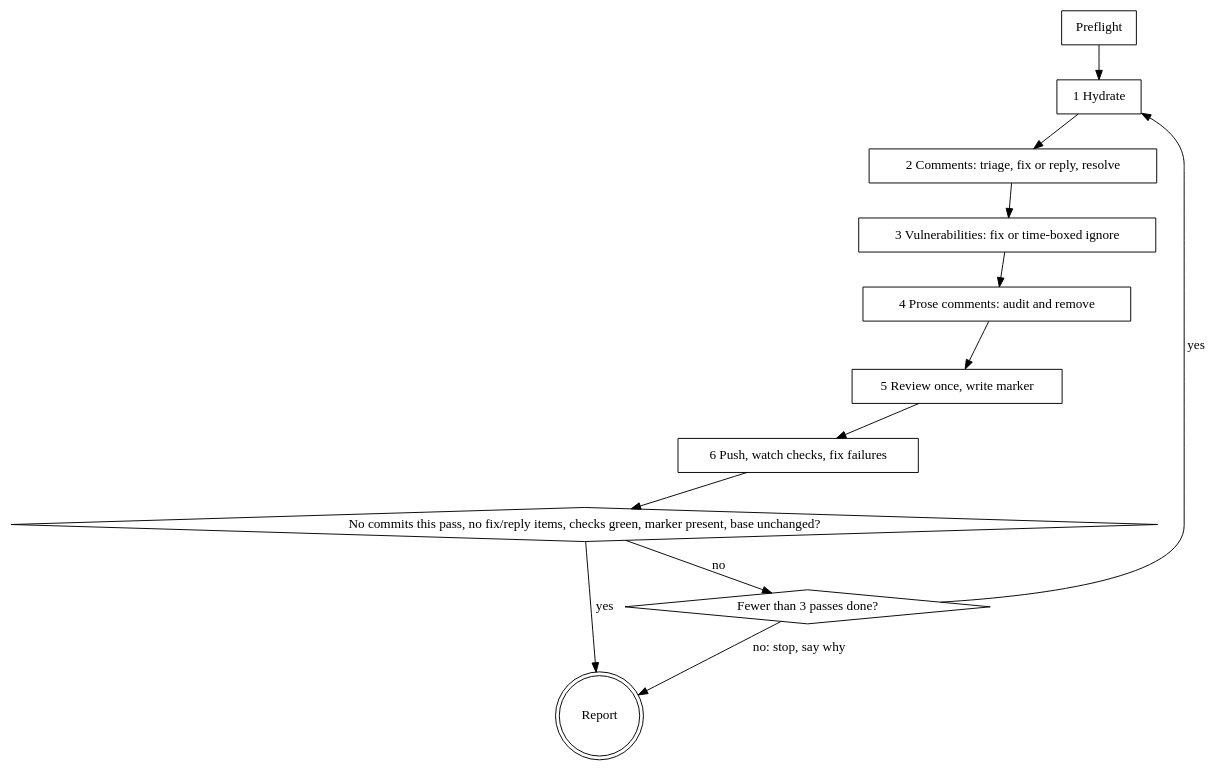
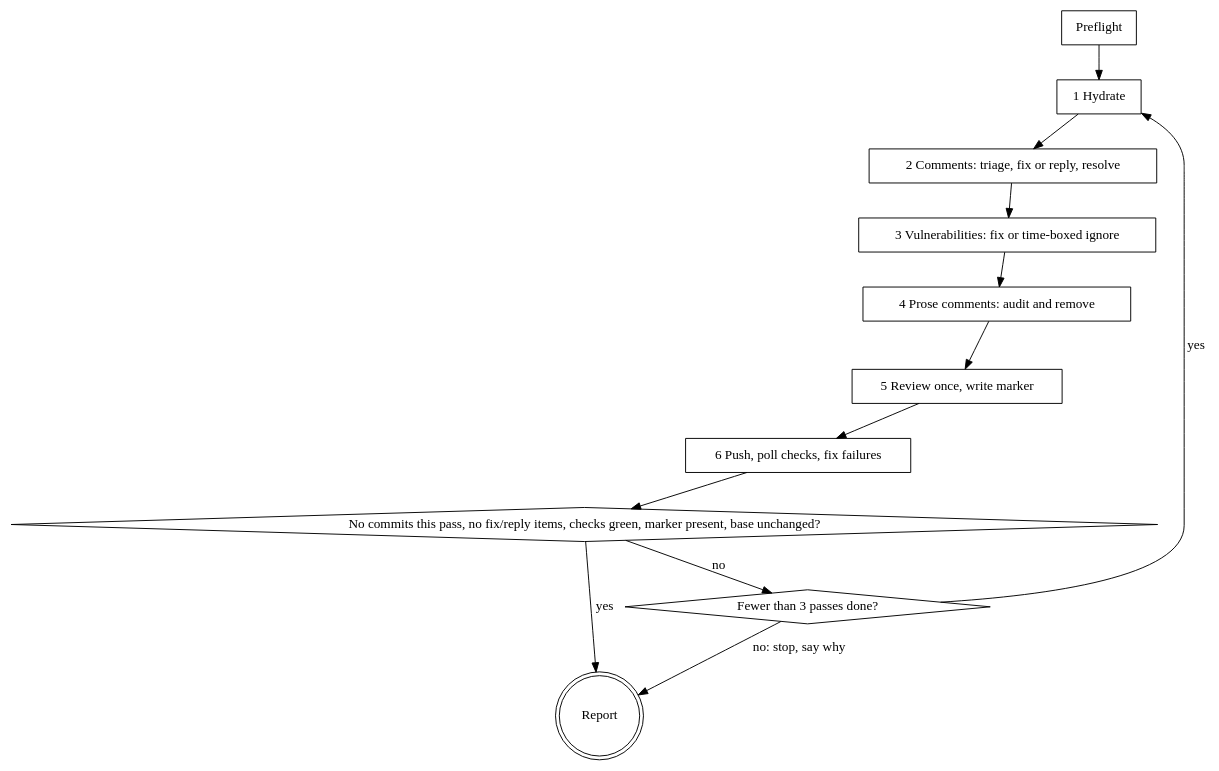
Before and after one commit to callumthomas/dotfiles: the diagram in claude/skills/pr-finalise/SKILL.md, drawn with Graphviz. The commit also changed other lines of this file and 4 other files, not shown here.

````diff
--- a/claude/skills/pr-finalise/SKILL.md
+++ b/claude/skills/pr-finalise/SKILL.md
@@ -47,20 +49,20 @@
 ```dot
 digraph pr_finalise {
     preflight [label="Preflight", shape=box];
     hydrate [label="1 Hydrate", shape=box];
     comments [label="2 Comments: triage, fix or reply, resolve", shape=box];
     vulns [label="3 Vulnerabilities: fix or time-boxed ignore", shape=box];
     prose [label="4 Prose comments: audit and remove", shape=box];
     review [label="5 Review once, write marker", shape=box];
-    push [label="6 Push, watch checks, fix failures", shape=box];
+    push [label="6 Push, poll checks, fix failures", shape=box];
     exit_check [label="No commits this pass, no fix/reply items, checks green, marker present, base unchanged?", shape=diamond];
     more_passes [label="Fewer than 3 passes done?", shape=diamond];
     report [label="Report", shape=doublecircle];
 
     preflight -> hydrate -> comments -> vulns -> prose -> review -> push -> exit_check;
     exit_check -> report [label="yes"];
     exit_check -> more_passes [label="no"];
     more_passes -> hydrate [label="yes"];
     more_passes -> report [label="no: stop, say why"];
 }
 ```
````
